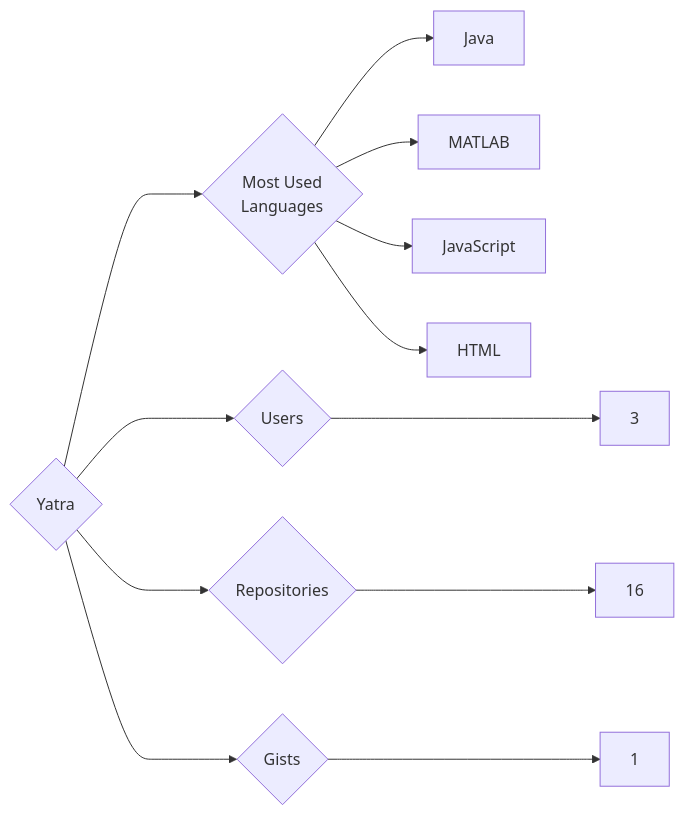
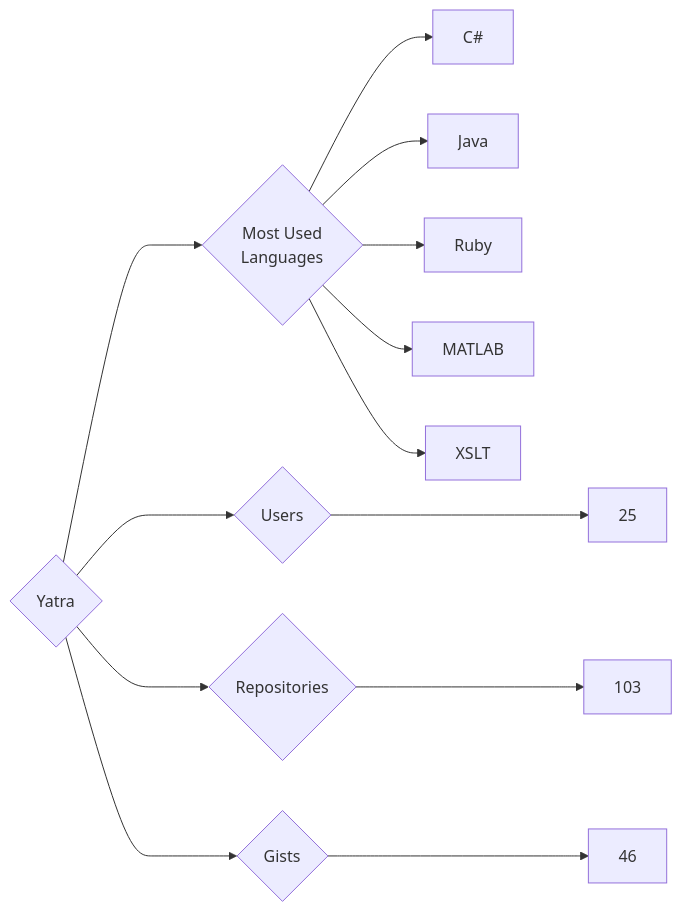
One commit to trickest/insiders changed the diagram in targets/Yatra/README.md. Above: the diagram before and after it, drawn with Mermaid. The commit also changed 677 other files, not shown here.

````diff
--- a/targets/Yatra/README.md
+++ b/targets/Yatra/README.md
@@ -3,12 +3,13 @@
 ```mermaid
 graph LR
 COMPANY_NAME{Yatra}
-COMPANY_NAME ---> U{Users} ---> UN[3]
-COMPANY_NAME ---> R{Repositories} ---> RN[16]
-COMPANY_NAME ---> G{Gists} ---> GN[1]
+COMPANY_NAME ---> U{Users} ---> UN[25]
+COMPANY_NAME ---> R{Repositories} ---> RN[103]
+COMPANY_NAME ---> G{Gists} ---> GN[46]
 COMPANY_NAME ---> ML{Most Used<br>Languages}
+ML --> C#[C#]
 ML --> Java[Java]
+ML --> Ruby[Ruby]
 ML --> MATLAB[MATLAB]
-ML --> JavaScript[JavaScript]
-ML --> HTML[HTML]
+ML --> XSLT[XSLT]
 ```
````
